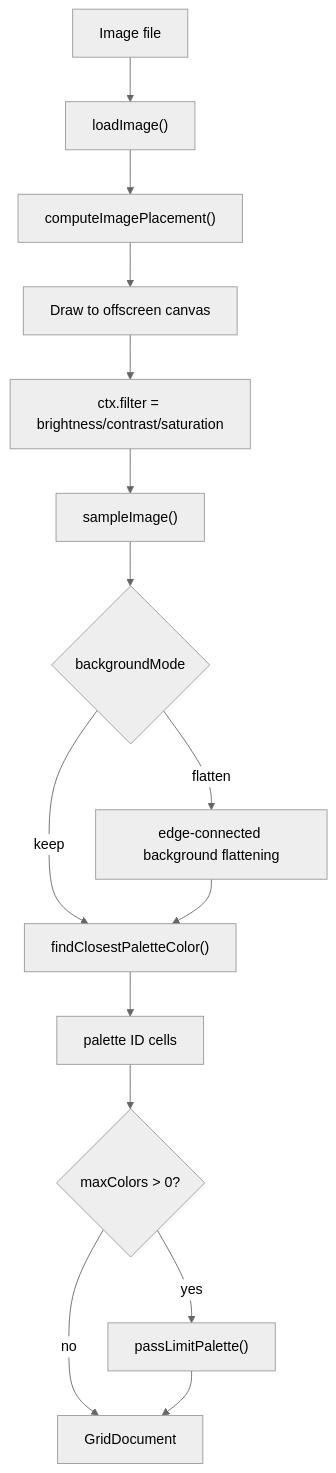
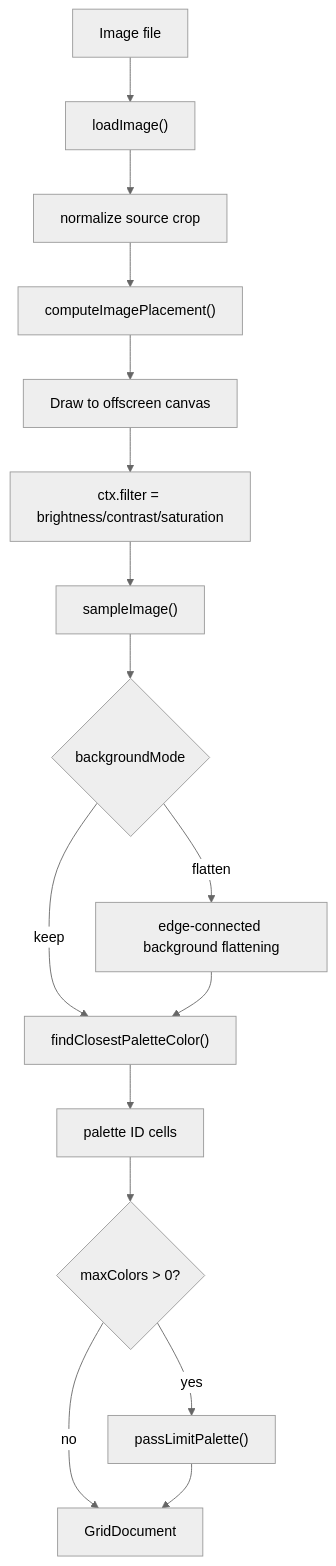
One commit to RazonIn4K/Mii-pixelart changed the fourth of 8 diagrams in living-the-grid-studio/PROJECT_STACK_AND_IMPLEMENTATION.md. Above: the diagram before and after it, drawn with Mermaid (neutral theme). The commit also changed other lines of this file and 7 other files, not shown here.

Commit message:
Add crop framing to image import

````diff
--- a/living-the-grid-studio/PROJECT_STACK_AND_IMPLEMENTATION.md
+++ b/living-the-grid-studio/PROJECT_STACK_AND_IMPLEMENTATION.md
@@ -468,17 +474,18 @@
 ```mermaid
 flowchart TD
   File["Image file"] --> Decode["loadImage()"]
-  Decode --> Placement["computeImagePlacement()"]
+  Decode --> Crop["normalize source crop"]
+  Crop --> Placement["computeImagePlacement()"]
   Placement --> Canvas["Draw to offscreen canvas"]
   Canvas --> Filter["ctx.filter = brightness/contrast/saturation"]
   Filter --> Sample["sampleImage()"]
   Sample --> BG{"backgroundMode"}
   BG -->|keep| Match["findClosestPaletteColor()"]
   BG -->|flatten| Flatten["edge-connected background flattening"]
   Flatten --> Match
   Match --> Cells["palette ID cells"]
   Cells --> Limit{"maxColors > 0?"}
   Limit -->|yes| PaletteLimit["passLimitPalette()"]
   Limit -->|no| Doc["GridDocument"]
   PaletteLimit --> Doc
 ```
````
